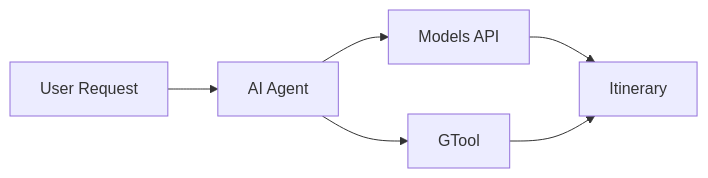
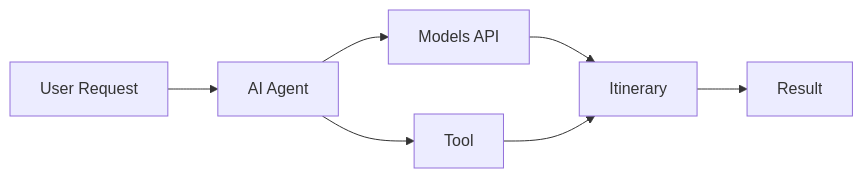
The diagram in diagram.md (MaaeYeng2517/maaeyeng), drawn with Mermaid before and after one commit. The commit also changed 1 other file, not shown here.

````diff
--- a/diagram.md
+++ b/diagram.md
@@ -5,8 +5,9 @@
 ```mermaid
 graph LR
     A[User Request] --> B[AI Agent]
     B --> C[Models API]
-    B --> D[GTool]
+    B --> D[Tool]
     C --> E[Itinerary]
     D --> E
+    E --> F[Result]
 ```
````
